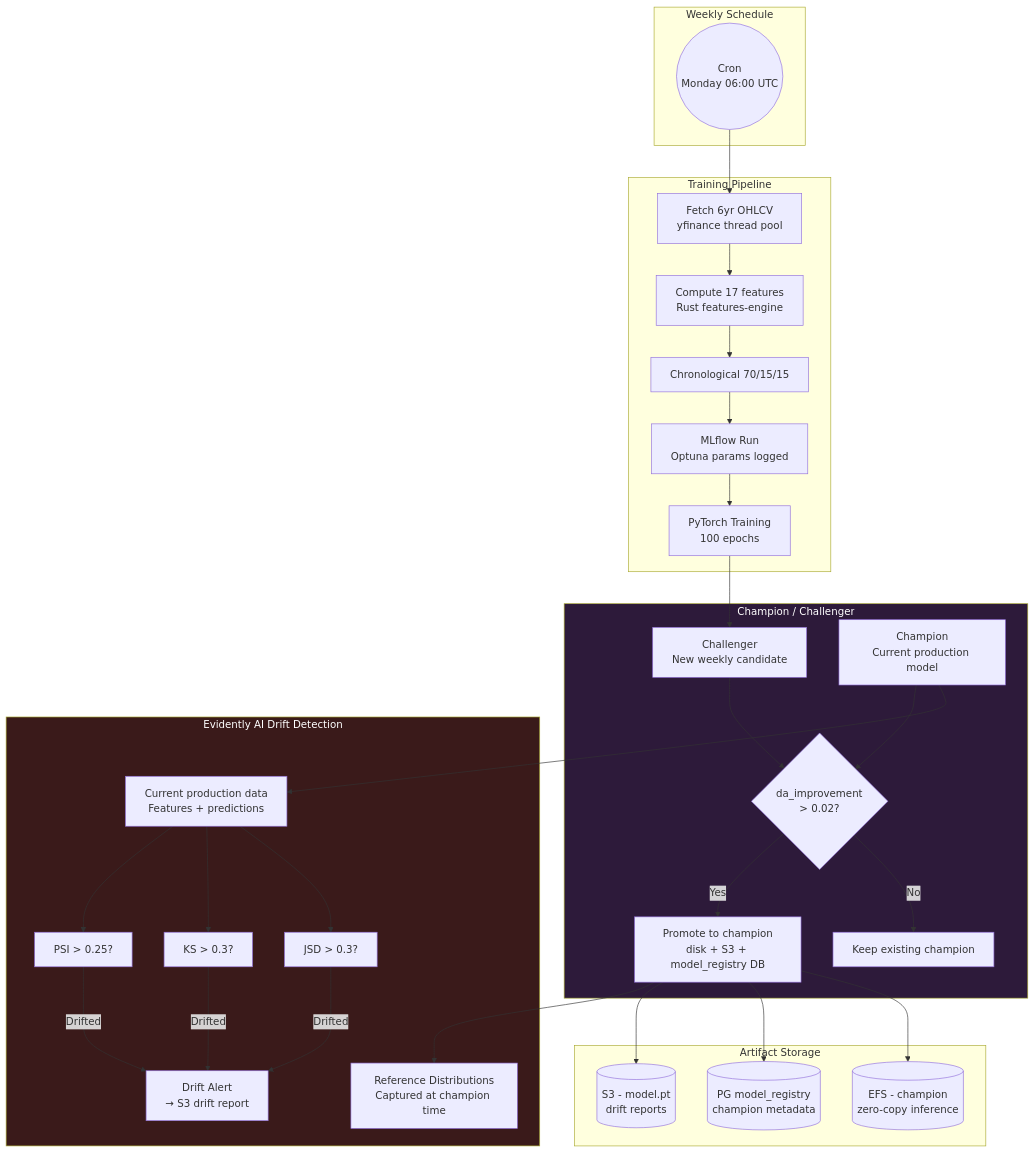
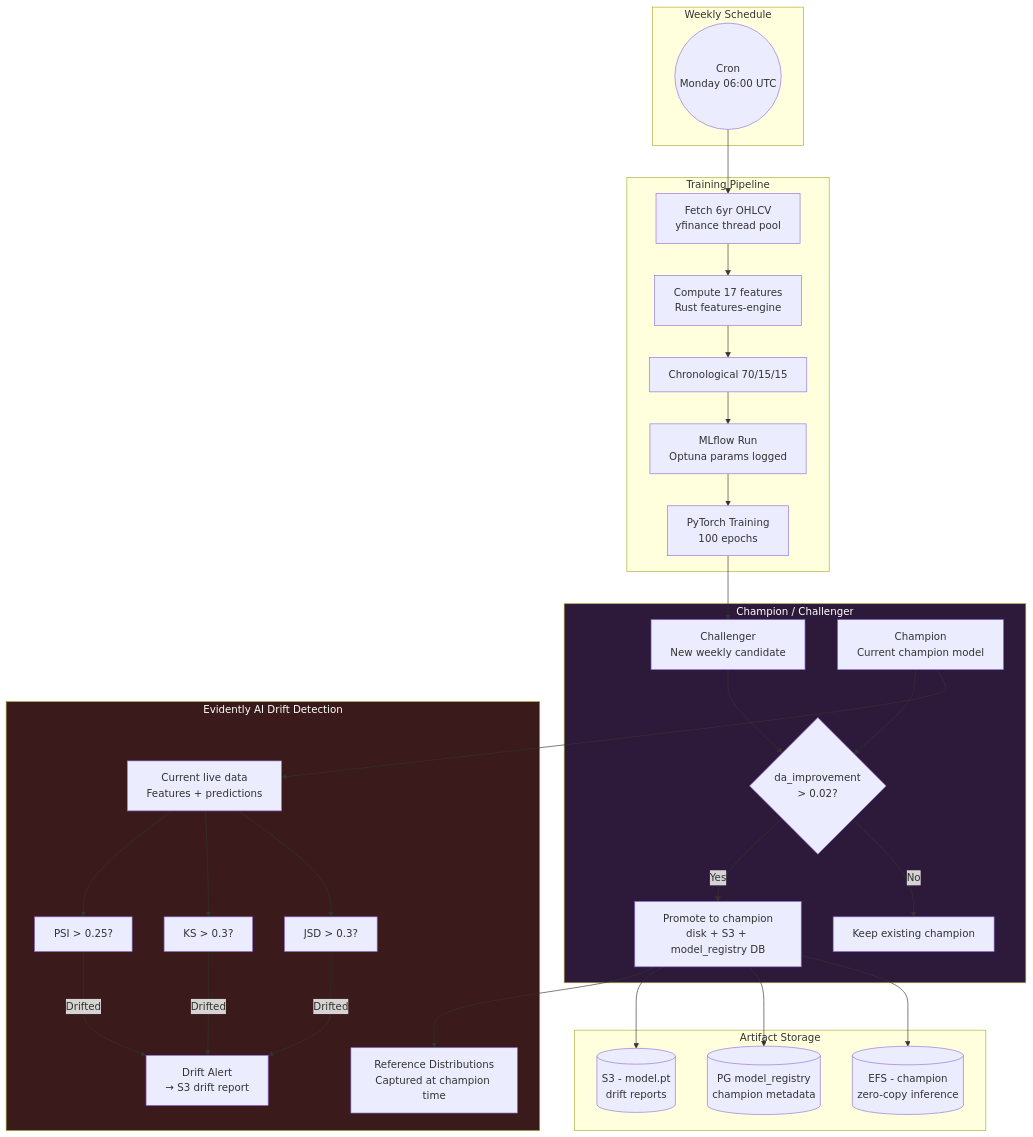
One commit to AhmedIkram05/stocklens changed the sixth of 9 diagrams in docs/deep-dives.md. Above: the diagram before and after it, drawn with Mermaid. The commit also changed other lines of this file, not shown here.

Commit message:
docs: Update deep dives documentation for clarity and accuracy
- Revised the description of the deployment gating process to clarify the handling of API/UI version mismatches during deployment.
- Updated terminology in the MCP transport and auth architecture section for consistency, replacing "production model" with "champion model" and "production data" with "live data."
- Enhanced the OAuth 2.1 section to reflect current standards and practices in enterprise-grade authentication.

````diff
--- a/docs/deep-dives.md
+++ b/docs/deep-dives.md
@@ -491,67 +491,67 @@
 ```mermaid
 flowchart TB
     subgraph Weekly["Weekly Schedule"]
         START((Cron<br/>Monday 06:00 UTC))
     end
 
     subgraph Training["Training Pipeline"]
         FETCH[Fetch 6yr OHLCV<br/>yfinance thread pool]
         COMP[Compute 17 features<br/>Rust features-engine]
         SPLIT[Chronological 70/15/15]
         MLFLOW[MLflow Run<br/>Optuna params logged]
         TRAINPT[PyTorch Training<br/>100 epochs]
     end
 
     subgraph Eval["Champion / Challenger"]
         CHAL[Challenger<br/>New weekly candidate]
-        CHAMP[Champion<br/>Current production model]
+        CHAMP[Champion<br/>Current champion model]
         COMPARE{da_improvement<br/>> 0.02?}
         PROMOTE[Promote to champion<br/>disk + S3 + model_registry DB]
         SKIP[Keep existing champion]
     end
 
     subgraph Drift["Evidently AI Drift Detection"]
         REF[Reference Distributions<br/>Captured at champion time]
-        CURRENT[Current production data<br/>Features + predictions]
+        CURRENT[Current live data<br/>Features + predictions]
         PSI[PSI > 0.25?]
         KS[KS > 0.3?]
         JS[JSD > 0.3?]
         ALERT[Drift Alert<br/>→ S3 drift report]
     end
 
     subgraph Storage["Artifact Storage"]
         S3[(S3 - model.pt<br/>drift reports)]
         DB[(PG model_registry<br/>champion metadata)]
         DISK[(EFS - champion<br/>zero-copy inference)]
     end
 
     START --> FETCH
     FETCH --> COMP
     COMP --> SPLIT
     SPLIT --> MLFLOW
     MLFLOW --> TRAINPT
 
     TRAINPT --> CHAL
     COMPARE -->|Yes| PROMOTE
     COMPARE -->|No| SKIP
 
     CHAL --> COMPARE
     CHAMP --> COMPARE
 
     PROMOTE --> REF
     CHAMP --> CURRENT
 
     CURRENT --> PSI
     CURRENT --> KS
     CURRENT --> JS
     PSI -->|Drifted| ALERT
     KS -->|Drifted| ALERT
     JS -->|Drifted| ALERT
 
     PROMOTE --> S3
     PROMOTE --> DB
     PROMOTE --> DISK
 
     style Eval fill:#2d1a3a,color:#fff
     style Drift fill:#3a1a1a,color:#fff
 ```
````
